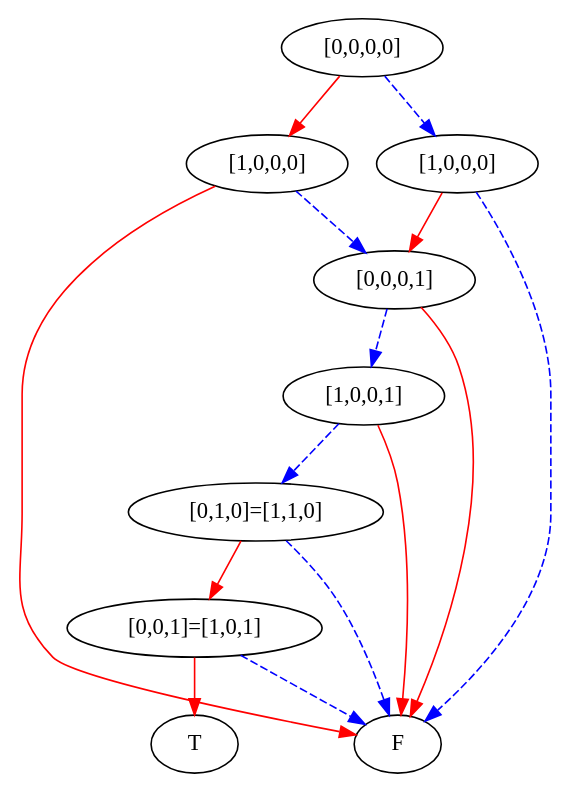
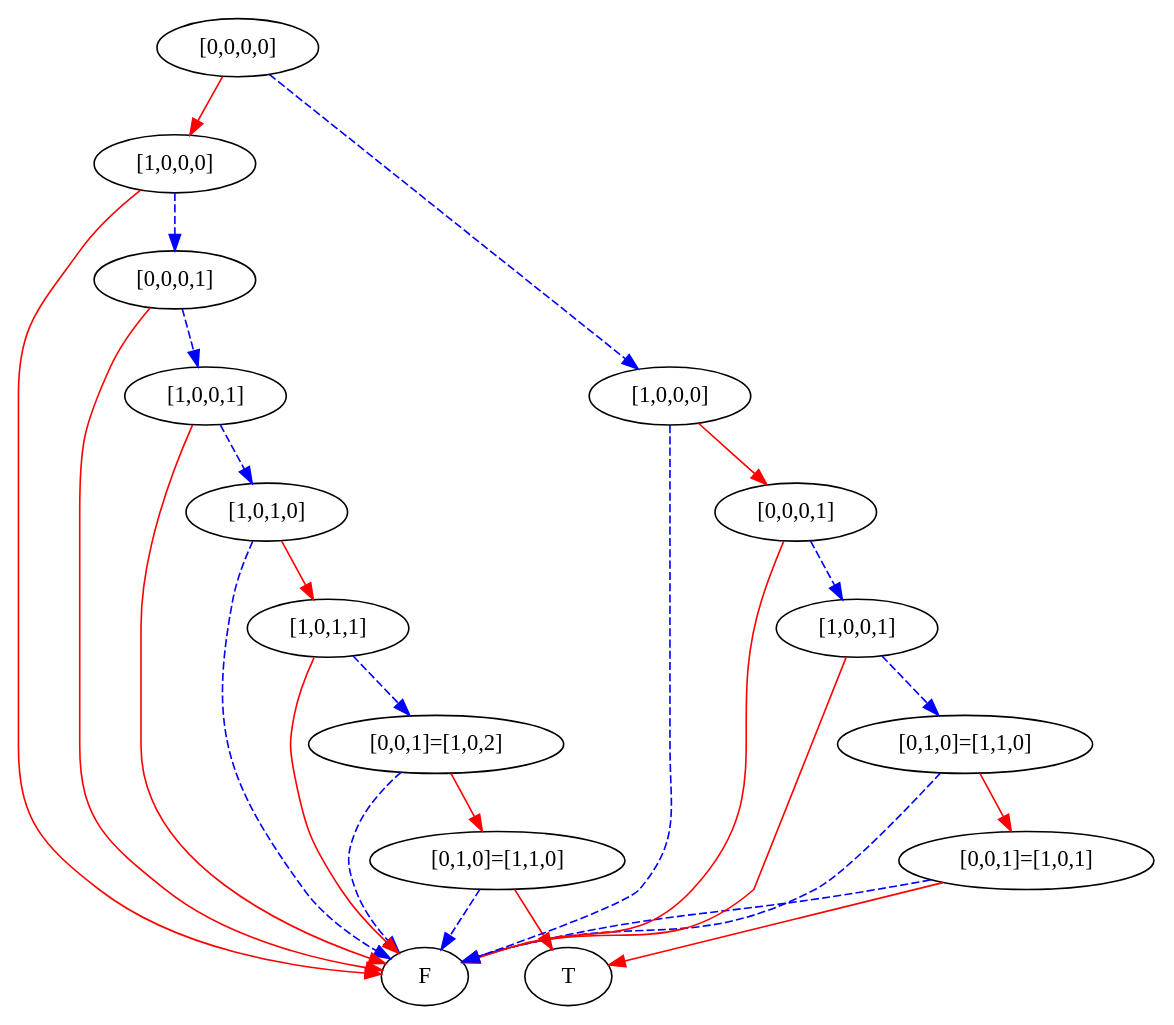
One commit to mburyakov/minxmod changed the diagram in simpleProgram2.dot. Above: the diagram before and after it, drawn with Graphviz. The commit also changed 3 other files, not shown here.

```diff
--- a/simpleProgram2.dot
+++ b/simpleProgram2.dot
@@ -1,32 +1,56 @@
 digraph {
     1 [label=F];
     2 [label=T];
-    3 [label="[0,0,1]=[1,0,1]"];
-    4 [label="[0,1,0]=[1,1,0]"];
-    5 [label="[1,0,0,1]"];
-    6 [label="[0,0,0,1]"];
-    7 [label="[1,0,0,0]"];
-    8 [label="[1,0,0,0]"];
-    9 [label="[0,0,0,0]"];
+    3 [label="[0,1,0]=[1,1,0]"];
+    4 [label="[0,0,1]=[1,0,2]"];
+    5 [label="[1,0,1,1]"];
+    6 [label="[1,0,1,0]"];
+    7 [label="[1,0,0,1]"];
+    8 [label="[0,0,0,1]"];
+    9 [label="[1,0,0,0]"];
+    10 [label="[0,0,1]=[1,0,1]"];
+    11 [label="[0,1,0]=[1,1,0]"];
+    12 [label="[1,0,0,1]"];
+    13 [label="[0,0,0,1]"];
+    14 [label="[1,0,0,0]"];
+    15 [label="[0,0,0,0]"];
     3 -> 1 [style=dashed
            ,color=blue];
     3 -> 2 [color=red];
     4 -> 3 [color=red];
     4 -> 1 [style=dashed
            ,color=blue];
     5 -> 4 [style=dashed
            ,color=blue];
     5 -> 1 [color=red];
-    6 -> 5 [style=dashed
+    6 -> 5 [color=red];
+    6 -> 1 [style=dashed
            ,color=blue];
-    6 -> 1 [color=red];
     7 -> 6 [style=dashed
            ,color=blue];
     7 -> 1 [color=red];
-    8 -> 6 [color=red];
-    8 -> 1 [style=dashed
+    8 -> 7 [style=dashed
            ,color=blue];
-    9 -> 7 [color=red];
+    8 -> 1 [color=red];
     9 -> 8 [style=dashed
            ,color=blue];
+    9 -> 1 [color=red];
+    10 -> 1 [style=dashed
+            ,color=blue];
+    10 -> 2 [color=red];
+    11 -> 10 [color=red];
+    11 -> 1 [style=dashed
+            ,color=blue];
+    12 -> 11 [style=dashed
+             ,color=blue];
+    12 -> 1 [color=red];
+    13 -> 12 [style=dashed
+             ,color=blue];
+    13 -> 1 [color=red];
+    14 -> 13 [color=red];
+    14 -> 1 [style=dashed
+            ,color=blue];
+    15 -> 9 [color=red];
+    15 -> 14 [style=dashed
+             ,color=blue];
 }
```
